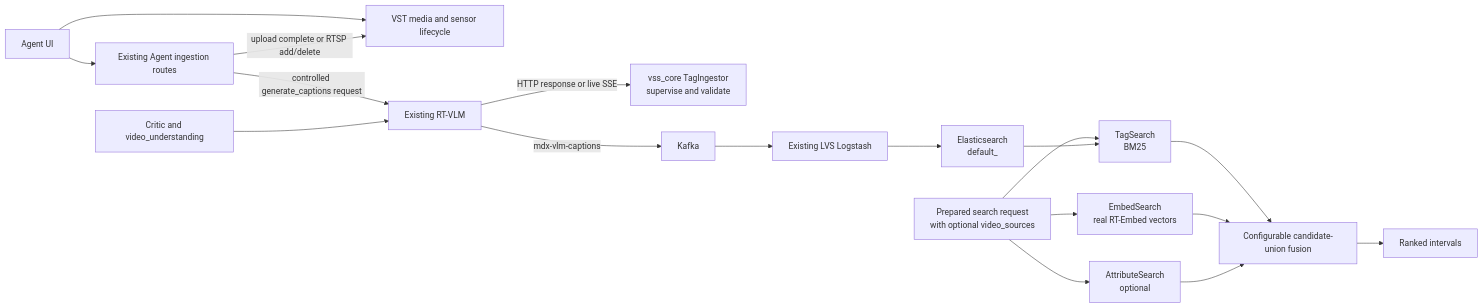
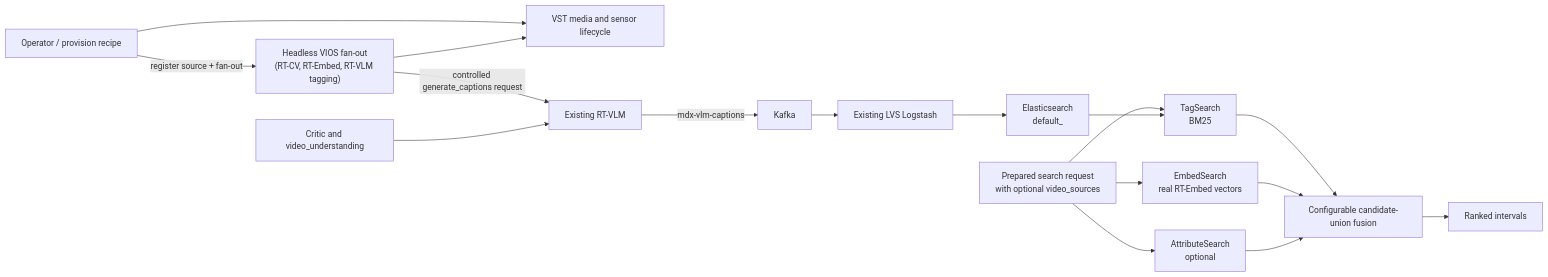
One commit to Ankit-dev-work/video-search-and-summarization changed the diagram in docs/designs/vlm-tagging-search.md. Above: the diagram before and after it, drawn with Mermaid. The commit also changed other lines of this file and 24 other files, not shown here.

First line of the commit message:
refactor: make VLM tag search lib+CLI-only; wire headless RT-VLM tagging fan-out

````diff
--- a/docs/designs/vlm-tagging-search.md
+++ b/docs/designs/vlm-tagging-search.md
@@ -77,22 +80,21 @@
 ```mermaid
 flowchart LR
-    UI["Agent UI"] --> VST["VST media and sensor lifecycle"]
-    UI --> Agent["Existing Agent ingestion routes"]
-    Agent -->|"upload complete or RTSP add/delete"| VST
-    Agent -->|"controlled generate_captions request"| VLM["Existing RT-VLM"]
-    VLM -->|"HTTP response or live SSE"| Validate["vss_core TagIngestor\nsupervise and validate"]
+    Op["Operator / provision recipe"] --> VST["VST media and sensor lifecycle"]
+    Op -->|"register source + fan-out"| Fanout["Headless VIOS fan-out\n(RT-CV, RT-Embed, RT-VLM tagging)"]
+    Fanout --> VST
+    Fanout -->|"controlled generate_captions request"| VLM["Existing RT-VLM"]
     VLM -->|"mdx-vlm-captions"| Kafka["Kafka"]
     Kafka --> Logstash["Existing LVS Logstash"]
     Logstash --> TagIndex["Elasticsearch\ndefault_<streamId>"]
 
     Critic["Critic and video_understanding"] --> VLM
 
     Query["Prepared search request\nwith optional video_sources"] --> TagSearch["TagSearch\nBM25"]
     Query --> EmbedSearch["EmbedSearch\nreal RT-Embed vectors"]
     Query --> AttributeSearch["AttributeSearch\noptional"]
     TagIndex --> TagSearch
     TagSearch --> Fusion["Configurable candidate-union fusion"]
     EmbedSearch --> Fusion
     AttributeSearch --> Fusion
     Fusion --> Results["Ranked intervals"]
 ```
````
